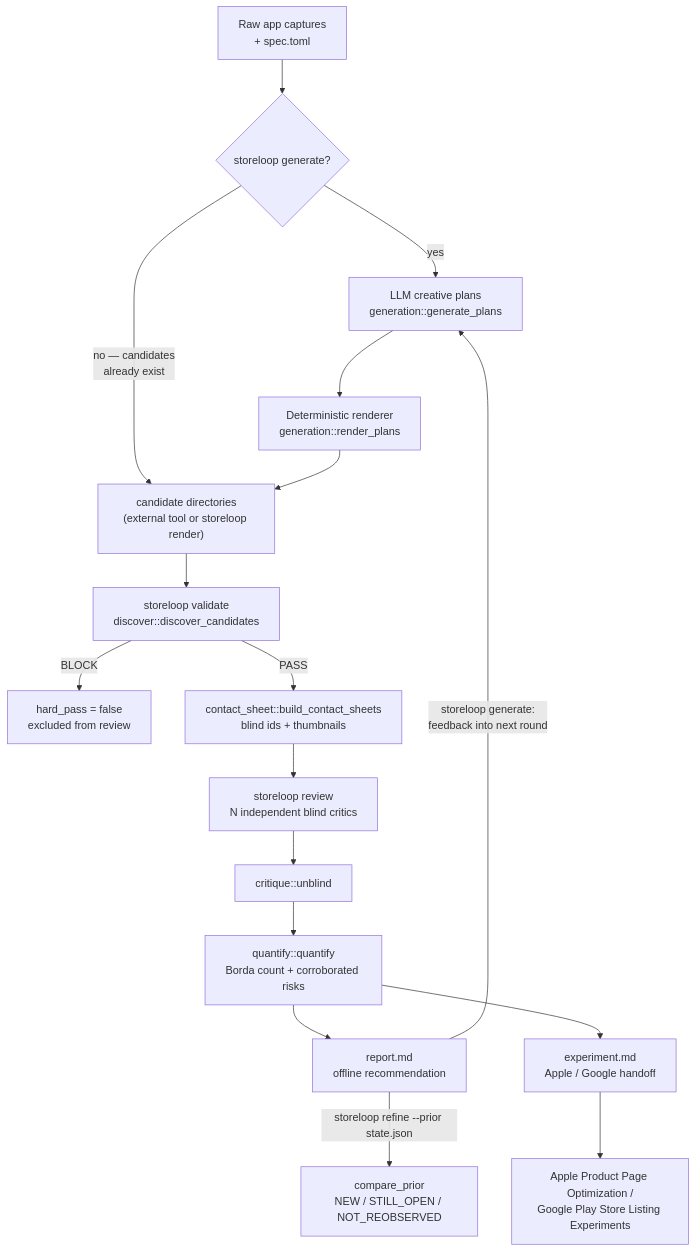
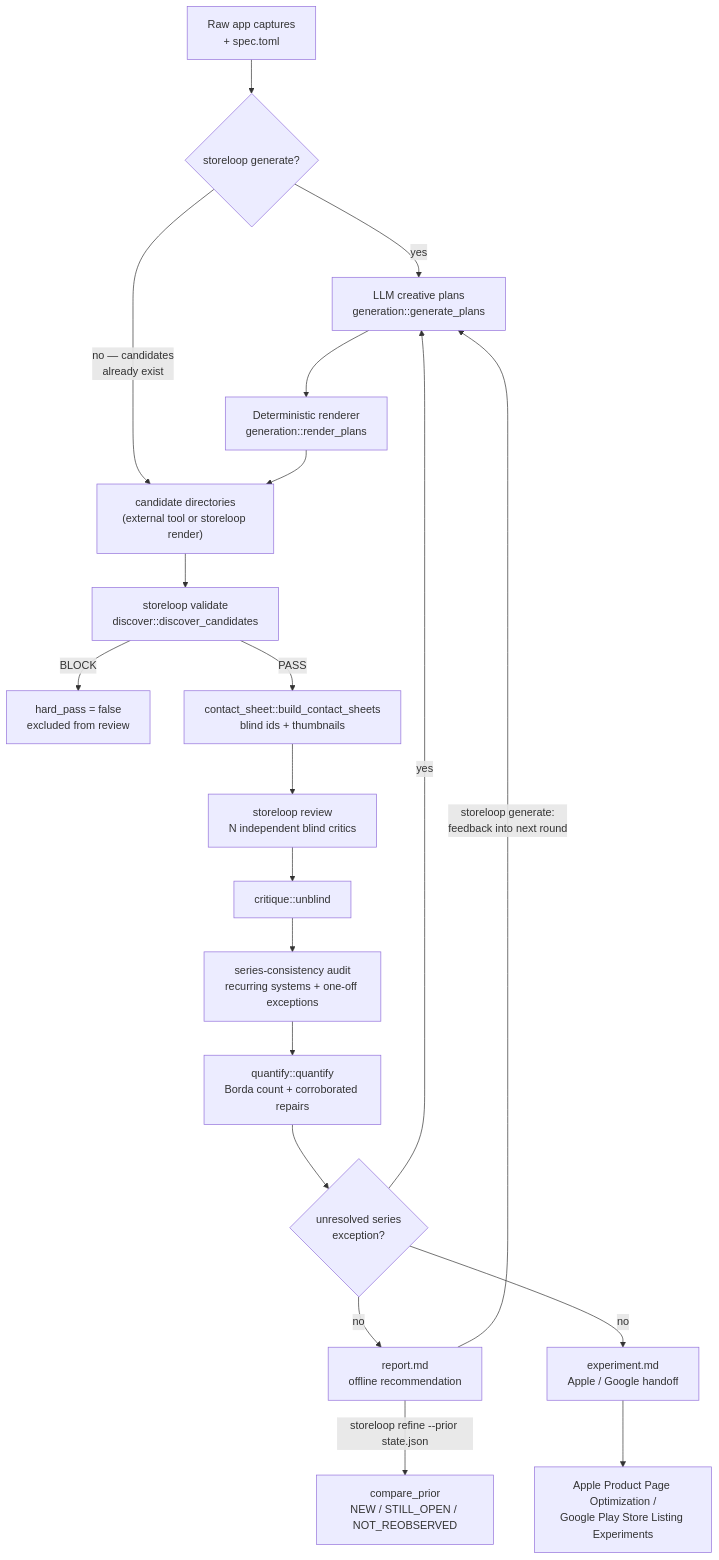
Before and after one commit to Loop-Suite/store-creative-loop: the first of 6 diagrams in README.md, drawn with Mermaid. The commit also changed other lines of this file and 8 other files, not shown here.

Commit message:
Add series consistency repair gate

````diff
--- a/README.md
+++ b/README.md
@@ -41,19 +41,22 @@
 ```mermaid
 flowchart TB
     Raw["Raw app captures<br/>+ spec.toml"] --> Gen{"storeloop generate?"}
     Gen -->|"yes"| Plan["LLM creative plans<br/>generation::generate_plans"]
     Plan --> Rnd["Deterministic renderer<br/>generation::render_plans"]
     Gen -->|"no — candidates<br/>already exist"| Cand["candidate directories<br/>(external tool or storeloop render)"]
     Rnd --> Cand
     Cand --> Val["storeloop validate<br/>discover::discover_candidates"]
     Val -->|"BLOCK"| Excl["hard_pass = false<br/>excluded from review"]
     Val -->|"PASS"| Blind["contact_sheet::build_contact_sheets<br/>blind ids + thumbnails"]
     Blind --> Crit["storeloop review<br/>N independent blind critics"]
     Crit --> Unbl["critique::unblind"]
-    Unbl --> Quant["quantify::quantify<br/>Borda count + corroborated risks"]
-    Quant --> Rep["report.md<br/>offline recommendation"]
-    Quant --> Hand["experiment.md<br/>Apple / Google handoff"]
+    Unbl --> Audit["series-consistency audit<br/>recurring systems + one-off exceptions"]
+    Audit --> Quant["quantify::quantify<br/>Borda count + corroborated repairs"]
+    Quant --> Repair{"unresolved series<br/>exception?"}
+    Repair -->|"yes"| Plan
+    Repair -->|"no"| Rep["report.md<br/>offline recommendation"]
+    Repair -->|"no"| Hand["experiment.md<br/>Apple / Google handoff"]
     Rep -->|"storeloop generate:<br/>feedback into next round"| Plan
     Rep -->|"storeloop refine --prior state.json"| Refn["compare_prior<br/>NEW / STILL_OPEN / NOT_REOBSERVED"]
     Hand --> Market["Apple Product Page Optimization /<br/>Google Play Store Listing Experiments"]
 ```
````
